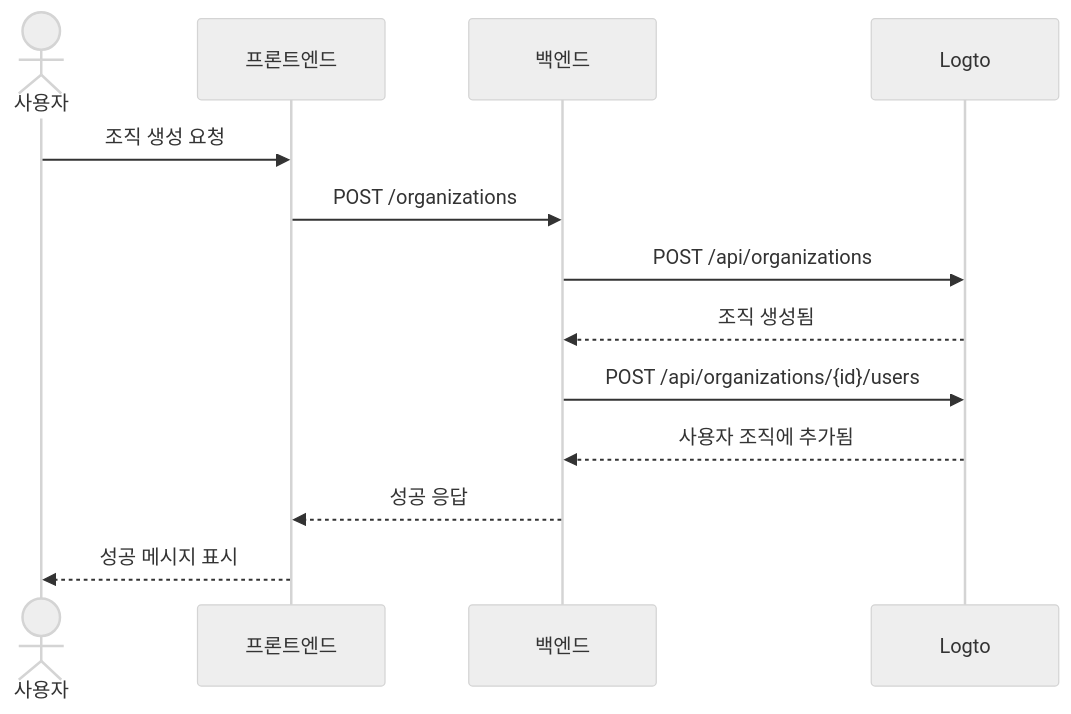
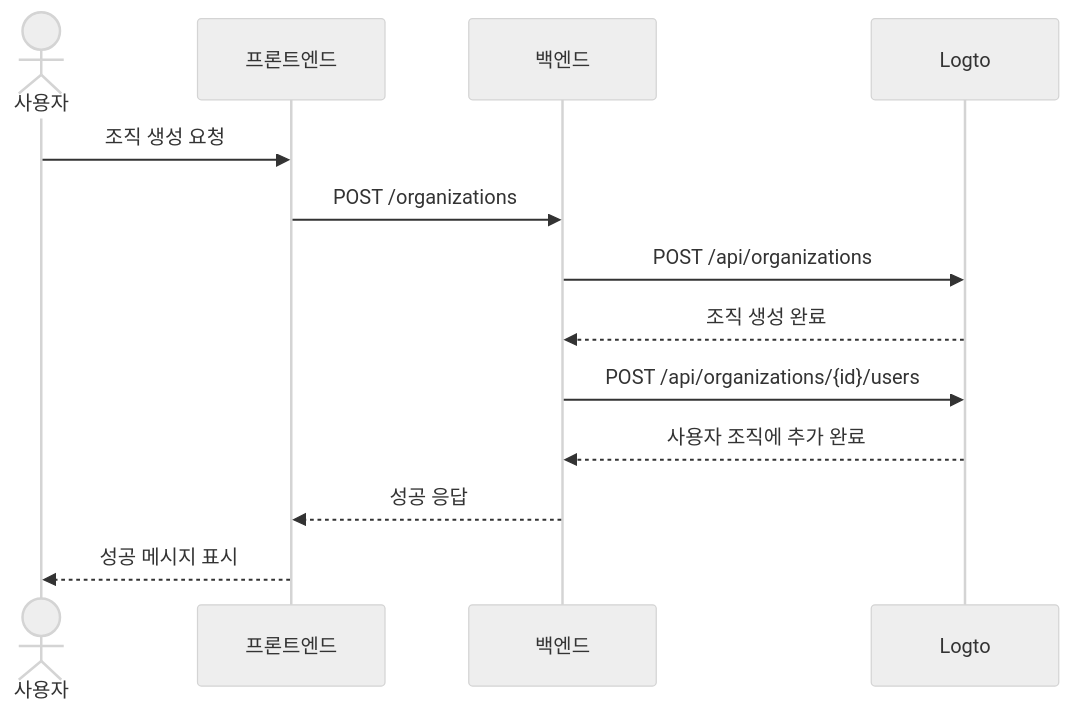
The seventh of 7 diagrams in i18n/ko/docusaurus-plugin-content-docs/current/use-cases/multi-tenancy/build-multi-tenant-saas-application.mdx (logto-io/docs), drawn with Mermaid (neutral theme) before and after one commit. The commit also changed other lines of this file and 74 other files, not shown here.

````diff
--- a/i18n/ko/docusaurus-plugin-content-docs/current/use-cases/multi-tenancy/build-multi-tenant-saas-application.mdx
+++ b/i18n/ko/docusaurus-plugin-content-docs/current/use-cases/multi-tenancy/build-multi-tenant-saas-application.mdx
@@ -572,16 +572,16 @@
 ```mermaid
 sequenceDiagram
   actor A as 사용자
   participant B as 프론트엔드
   participant C as 백엔드
   participant D as Logto
 
   A->>B: 조직 생성 요청
   B->>C: POST /organizations
   C->>D: POST /api/organizations
-  D-->>C: 조직 생성됨
+  D-->>C: 조직 생성 완료
   C->>D: POST /api/organizations/{id}/users
-  D-->>C: 사용자 조직에 추가됨
+  D-->>C: 사용자 조직에 추가 완료
   C-->>B: 성공 응답
   B-->>A: 성공 메시지 표시
 ```
````
